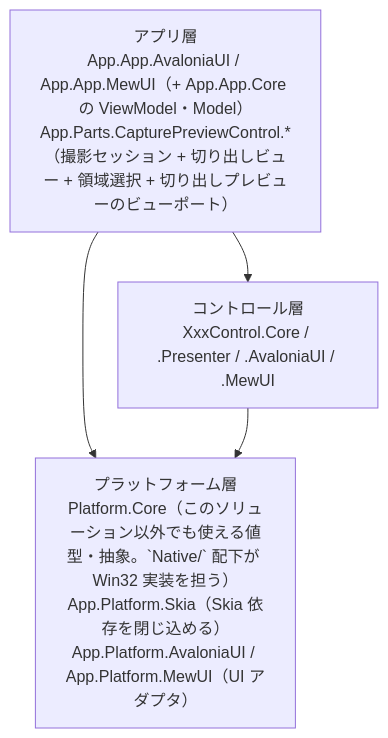
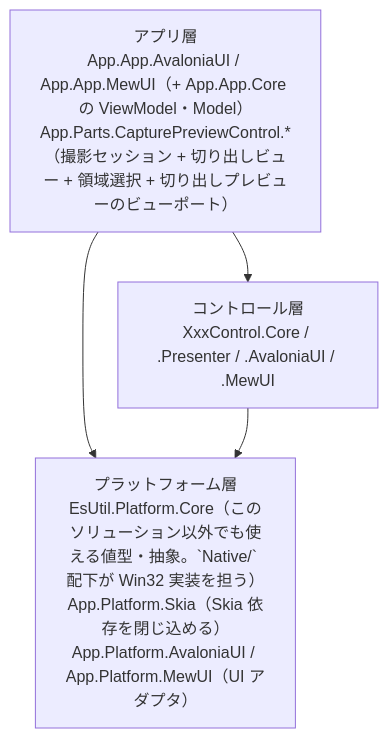
The first of 2 diagrams in src/README.md (tomokuni/SaveEvidence), drawn with Mermaid before and after one commit. The commit also changed other lines of this file and 417 other files, not shown here.

First line of the commit message:
Feature と Platform のフォルダを名前空間と同じ EsUtil. 付きへ改名し、ログ接頭辞を EsUtil を除いた語にする

````diff
--- a/src/README.md
+++ b/src/README.md
@@ -8,9 +8,9 @@
 ```mermaid
 flowchart TB
     APP["アプリ層<br/>App.App.AvaloniaUI / App.App.MewUI（+ App.App.Core の ViewModel・Model）<br/>App.Parts.CapturePreviewControl.*（撮影セッション + 切り出しビュー + 領域選択 + 切り出しプレビューのビューポート）"]
     CTRL["コントロール層<br/>XxxControl.Core / .Presenter / .AvaloniaUI / .MewUI"]
-    PLAT["プラットフォーム層<br/>Platform.Core（このソリューション以外でも使える値型・抽象。`Native/` 配下が Win32 実装を担う）<br/>App.Platform.Skia（Skia 依存を閉じ込める）<br/>App.Platform.AvaloniaUI / App.Platform.MewUI（UI アダプタ）"]
+    PLAT["プラットフォーム層<br/>EsUtil.Platform.Core（このソリューション以外でも使える値型・抽象。`Native/` 配下が Win32 実装を担う）<br/>App.Platform.Skia（Skia 依存を閉じ込める）<br/>App.Platform.AvaloniaUI / App.Platform.MewUI（UI アダプタ）"]
     APP --> CTRL
     APP --> PLAT
     CTRL --> PLAT
 ```
````
